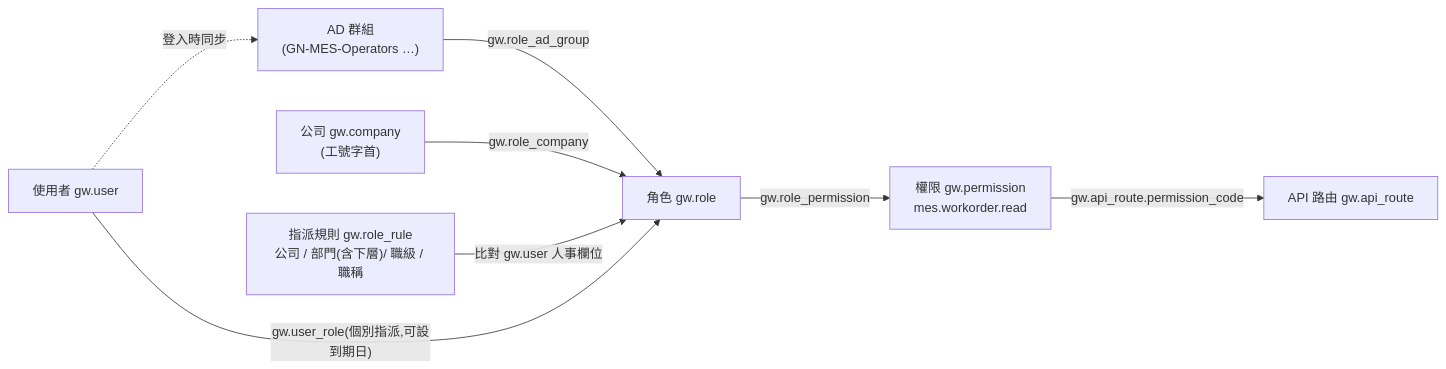
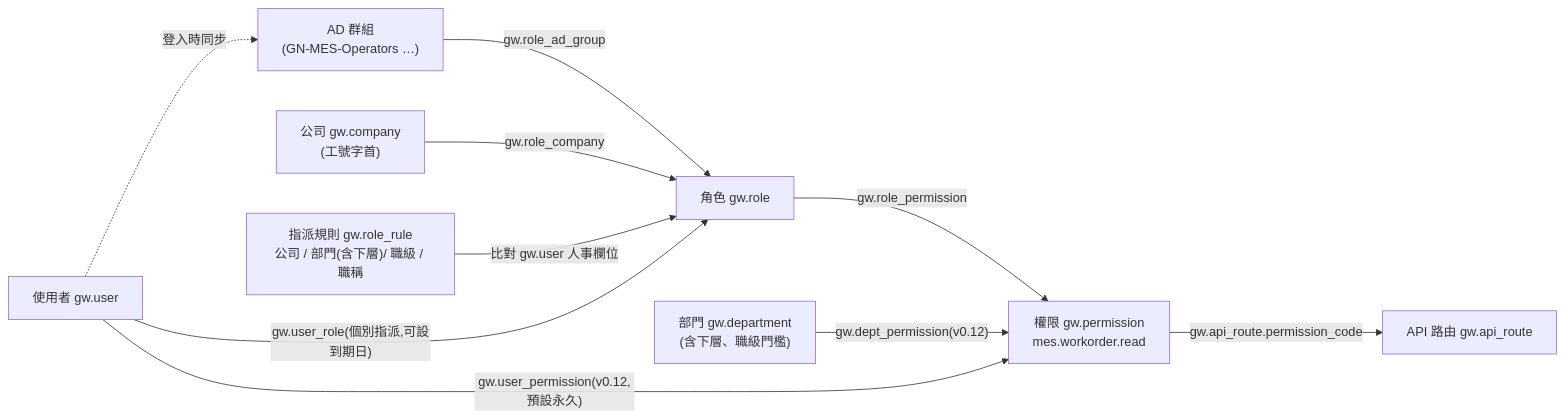
One commit to WeiWeicode/giga-api-gateway-bff changed the sixth of 7 diagrams in docs/PRD.md. Above: the diagram before and after it, drawn with Mermaid. The commit also changed other lines of this file and 13 other files, not shown here.

````diff
--- a/docs/PRD.md
+++ b/docs/PRD.md
@@ -532,10 +533,12 @@
 ```mermaid
 flowchart LR
     ADG["AD 群組<br/>(GN-MES-Operators …)"] -->|gw.role_ad_group| ROLE["角色 gw.role"]
     CO["公司 gw.company<br/>(工號字首)"] -->|gw.role_company| ROLE
     RULE["指派規則 gw.role_rule<br/>公司 / 部門(含下層)/ 職級 / 職稱"] -->|"比對 gw.user 人事欄位"| ROLE
     USER["使用者 gw.user"] -->|"gw.user_role(個別指派,可設到期日)"| ROLE
     USER -.->|登入時同步| ADG
     ROLE -->|gw.role_permission| PERM["權限 gw.permission<br/>mes.workorder.read"]
+    DEPT["部門 gw.department<br/>(含下層、職級門檻)"] -->|"gw.dept_permission(v0.12)"| PERM
+    USER -->|"gw.user_permission(v0.12,預設永久)"| PERM
     PERM -->|gw.api_route.permission_code| API["API 路由 gw.api_route"]
 ```
````
